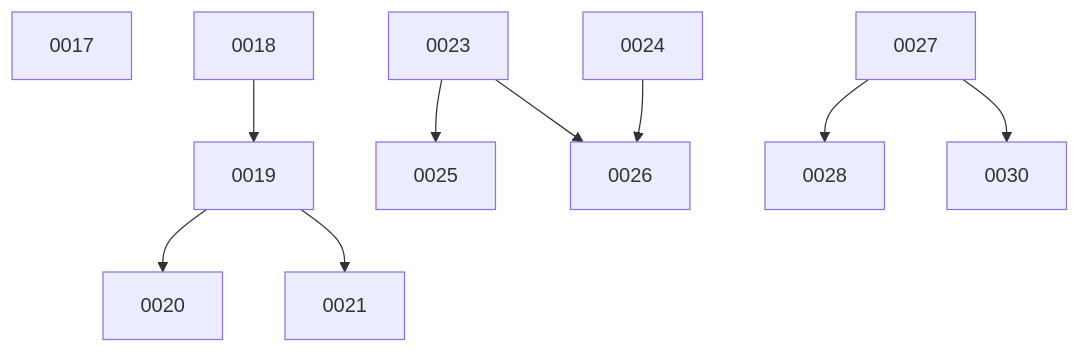
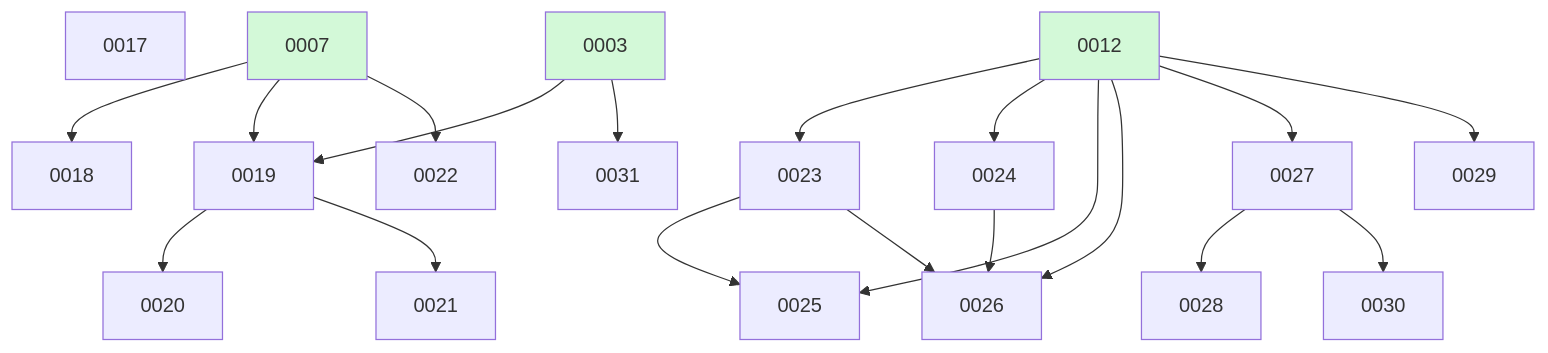
One commit to ethanhinson/fuse changed the diagram in docs/changes/BOARD.md. Above: the diagram before and after it, drawn with Mermaid. The commit also changed other lines of this file, not shown here.

````diff
--- a/docs/changes/BOARD.md
+++ b/docs/changes/BOARD.md
@@ -42,12 +25,26 @@
 ```mermaid
 graph TD
   0017
-  0018 --> 0019
+  0007 --> 0018
+  0003 --> 0019
+  0007 --> 0019
   0019 --> 0020
   0019 --> 0021
+  0007 --> 0022
+  0012 --> 0023
+  0012 --> 0024
+  0012 --> 0025
   0023 --> 0025
+  0012 --> 0026
   0023 --> 0026
   0024 --> 0026
+  0012 --> 0027
   0027 --> 0028
+  0012 --> 0029
   0027 --> 0030
+  0003 --> 0031
+  0003:::done
+  0007:::done
+  0012:::done
+  classDef done fill:#d3f9d8;
 ```
````
